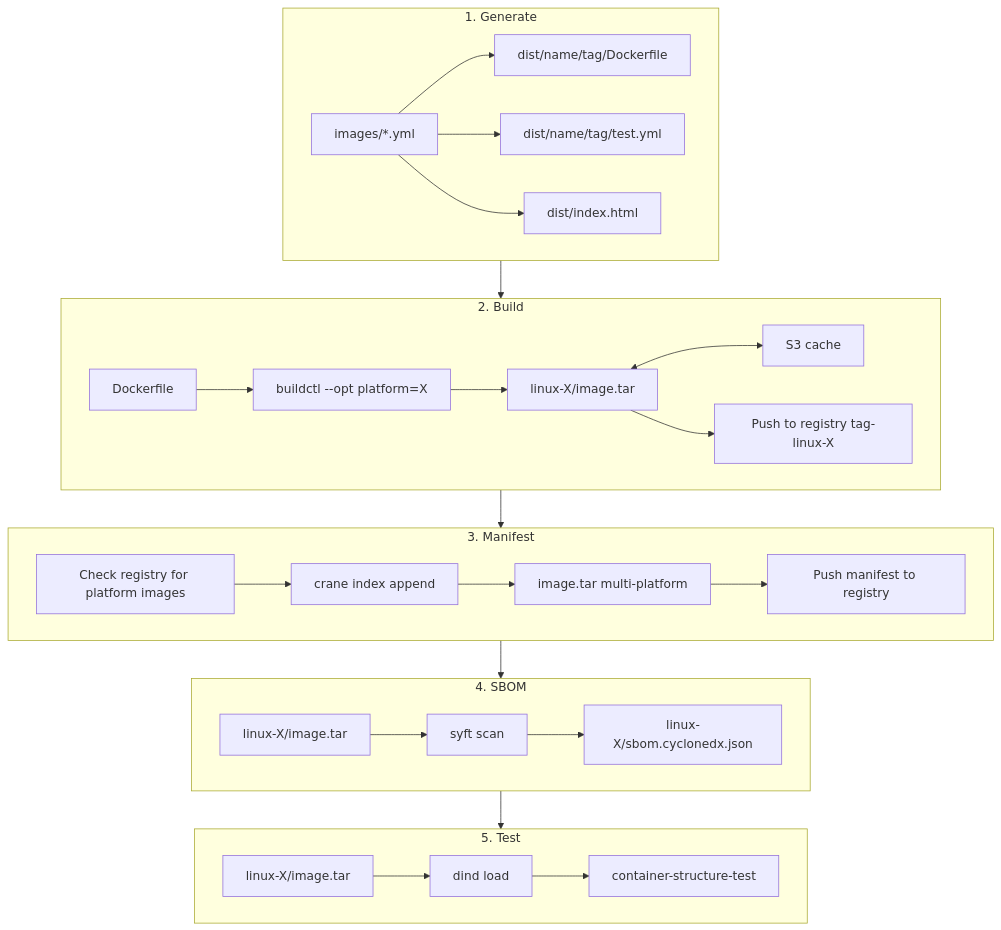
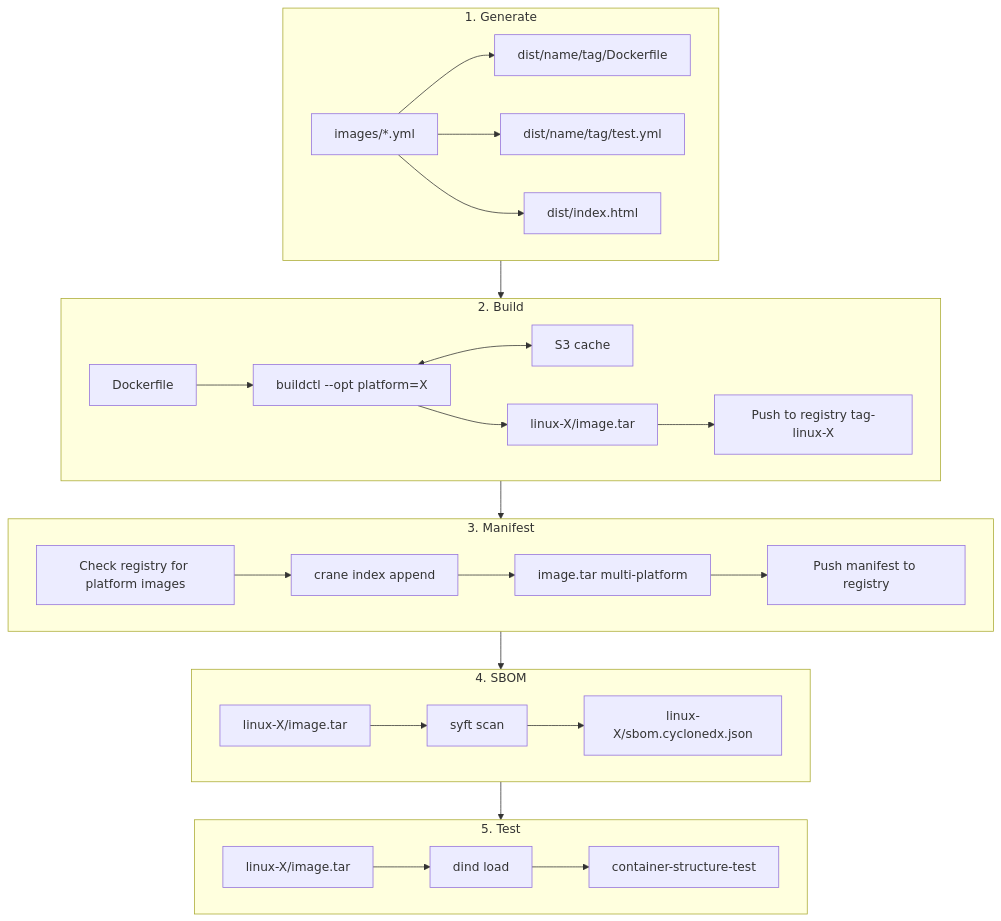
The fifth of 6 diagrams in README.md (timo-reymann/poc-container-image-manager), drawn with Mermaid before and after one commit.

Commit message:
docs: fix build flow to show S3 cache connected to buildctl
S3 cache is used directly by buildctl for layer caching,
not by the tar output.

````diff
--- a/README.md
+++ b/README.md
@@ -804,37 +804,37 @@
 ```mermaid
 flowchart TD
     subgraph Generate ["1. Generate"]
         GEN_IN[images/*.yml] --> GEN_OUT1[dist/name/tag/Dockerfile]
         GEN_IN --> GEN_OUT2[dist/name/tag/test.yml]
         GEN_IN --> GEN_OUT3[dist/index.html]
     end
 
     subgraph Build ["2. Build"]
         DF[Dockerfile] --> BC[buildctl --opt platform=X]
+        BC <--> S3[S3 cache]
         BC --> TAR[linux-X/image.tar]
-        TAR <--> S3[S3 cache]
         TAR --> REG[Push to registry tag-linux-X]
     end
 
     subgraph Manifest ["3. Manifest"]
         CHECK[Check registry for platform images]
         CHECK --> CRANE[crane index append]
         CRANE --> MP[image.tar multi-platform]
         MP --> REGM[Push manifest to registry]
     end
 
     subgraph SBOM ["4. SBOM"]
         TAR2[linux-X/image.tar] --> SYFT[syft scan]
         SYFT --> SBOM_OUT[linux-X/sbom.cyclonedx.json]
     end
 
     subgraph Test ["5. Test"]
         TAR3[linux-X/image.tar] --> DIND[dind load]
         DIND --> CST[container-structure-test]
     end
 
     Generate --> Build
     Build --> Manifest
     Manifest --> SBOM
     SBOM --> Test
 ```
````
